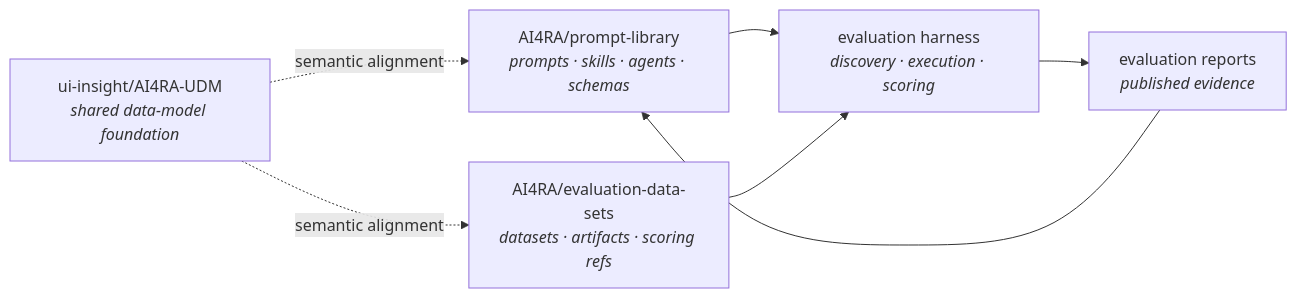
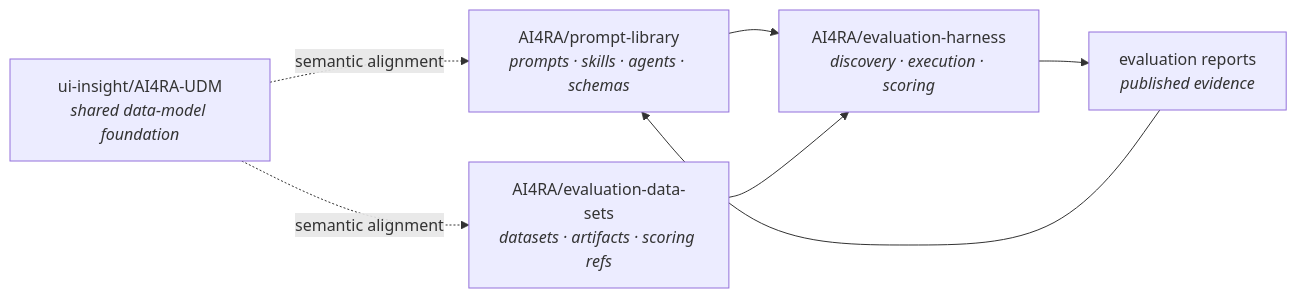
One commit to AI4RA/prompt-library changed the diagram in docs/ecosystem.md. Above: the diagram before and after it, drawn with Mermaid. The commit also changed other lines of this file and 4 other files, not shown here.

Commit message:
Align triad docs to evaluation harness repo

````diff
--- a/docs/ecosystem.md
+++ b/docs/ecosystem.md
@@ -7,15 +7,15 @@
 ```mermaid
 flowchart LR
     PL["AI4RA/prompt-library<br/><i>prompts · skills · agents · schemas</i>"]
     DS["AI4RA/evaluation-data-sets<br/><i>datasets · artifacts · scoring refs</i>"]
-    HARNESS["evaluation harness<br/><i>discovery · execution · scoring</i>"]
+    HARNESS["AI4RA/evaluation-harness<br/><i>discovery · execution · scoring</i>"]
     UDM["ui-insight/AI4RA-UDM<br/><i>shared data-model foundation</i>"]
     REPORTS["evaluation reports<br/><i>published evidence</i>"]
 
     PL --> HARNESS
     DS --> HARNESS
     UDM -. semantic alignment .-> PL
     UDM -. semantic alignment .-> DS
     HARNESS --> REPORTS
     REPORTS --> PL
 ```
````
